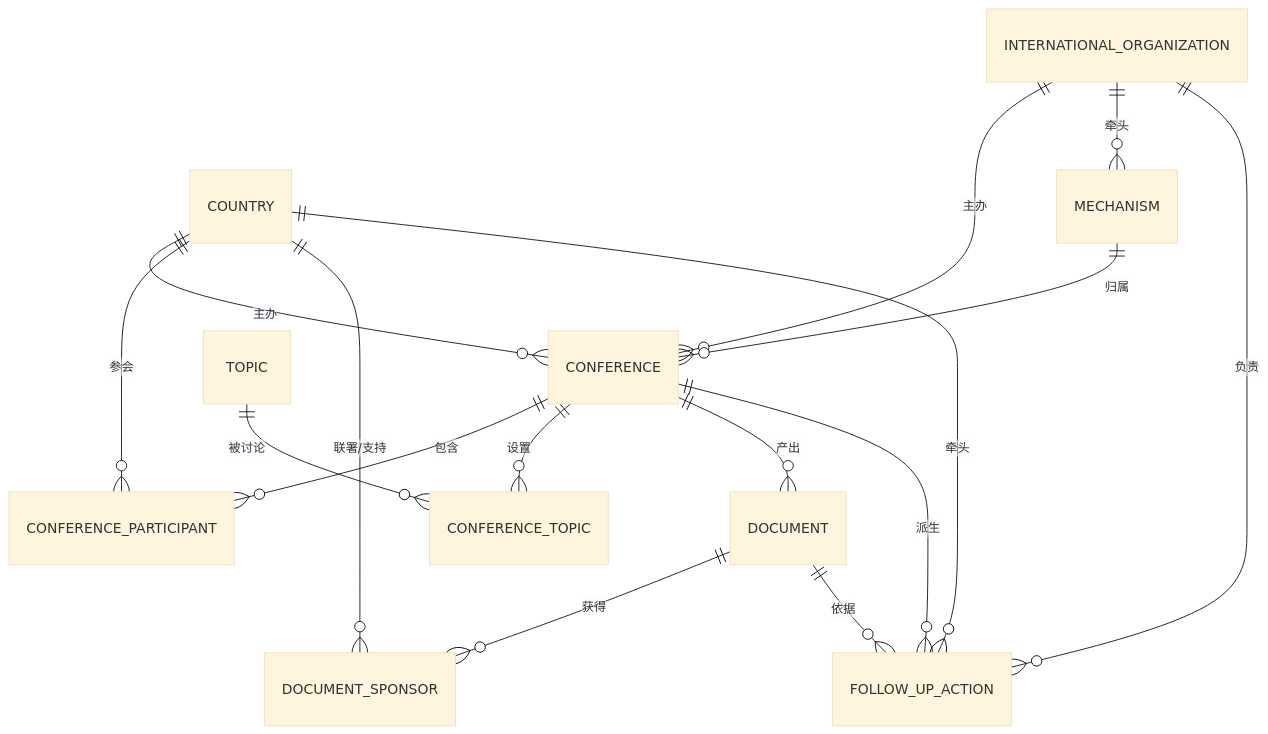
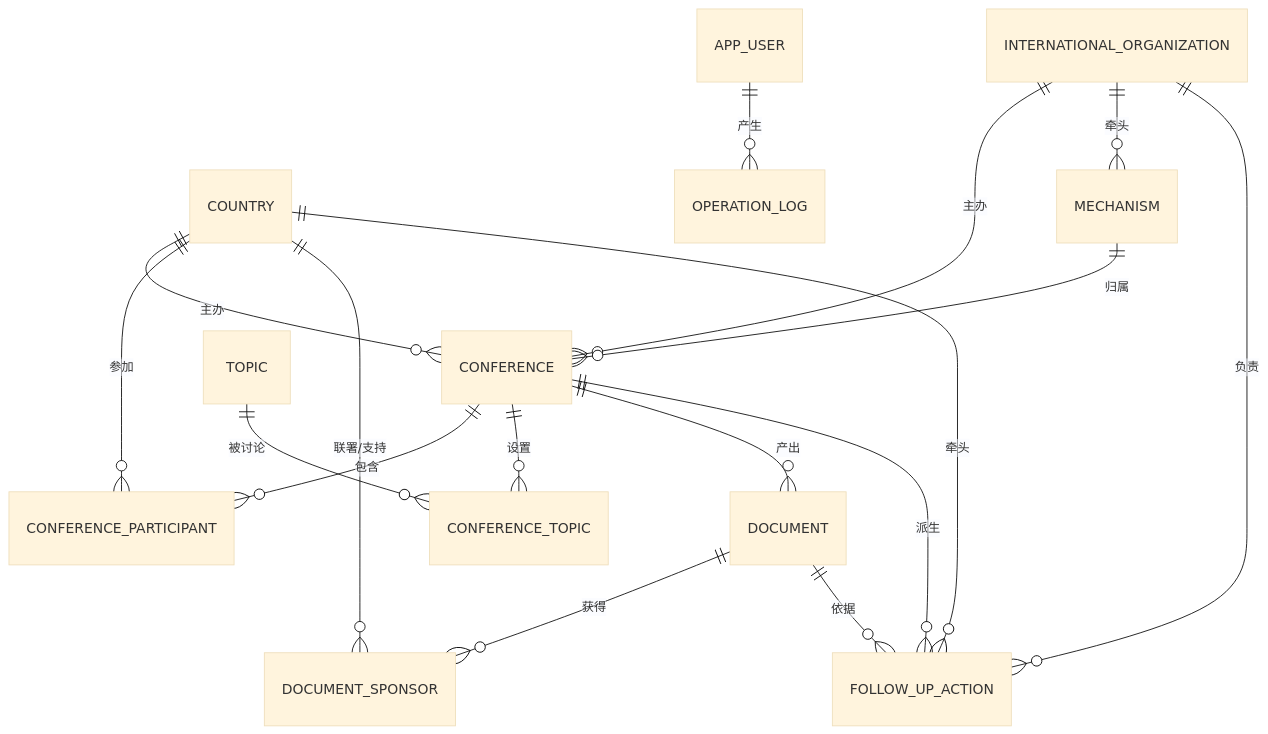
Before and after one commit to MuChen-ye/multilateral-diplomacy-system-schoolwork-: the fourth of 4 diagrams in project/README.md, drawn with Mermaid (base theme). The commit also changed other lines of this file and 9 other files, not shown here.

````diff
--- a/project/README.md
+++ b/project/README.md
@@ -52,18 +105,19 @@
 ```mermaid
 erDiagram
     COUNTRY ||--o{ CONFERENCE : "主办"
-    COUNTRY ||--o{ CONFERENCE_PARTICIPANT : "参会"
+    COUNTRY ||--o{ CONFERENCE_PARTICIPANT : "参加"
     COUNTRY ||--o{ DOCUMENT_SPONSOR : "联署/支持"
     COUNTRY ||--o{ FOLLOW_UP_ACTION : "牵头"
     INTERNATIONAL_ORGANIZATION ||--o{ CONFERENCE : "主办"
     INTERNATIONAL_ORGANIZATION ||--o{ MECHANISM : "牵头"
     INTERNATIONAL_ORGANIZATION ||--o{ FOLLOW_UP_ACTION : "负责"
     MECHANISM ||--o{ CONFERENCE : "归属"
     CONFERENCE ||--o{ CONFERENCE_PARTICIPANT : "包含"
     CONFERENCE ||--o{ CONFERENCE_TOPIC : "设置"
     TOPIC ||--o{ CONFERENCE_TOPIC : "被讨论"
     CONFERENCE ||--o{ DOCUMENT : "产出"
     DOCUMENT ||--o{ DOCUMENT_SPONSOR : "获得"
     CONFERENCE ||--o{ FOLLOW_UP_ACTION : "派生"
     DOCUMENT ||--o{ FOLLOW_UP_ACTION : "依据"
+    APP_USER ||--o{ OPERATION_LOG : "产生"
 ```
````
